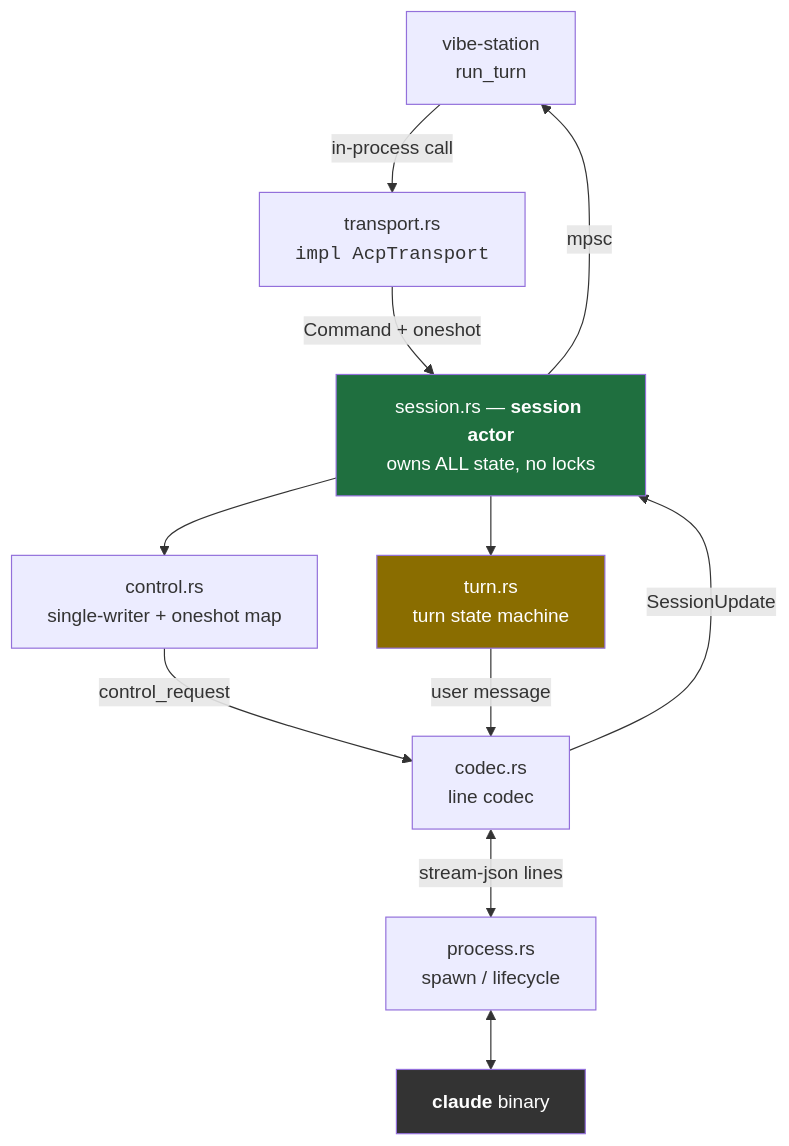
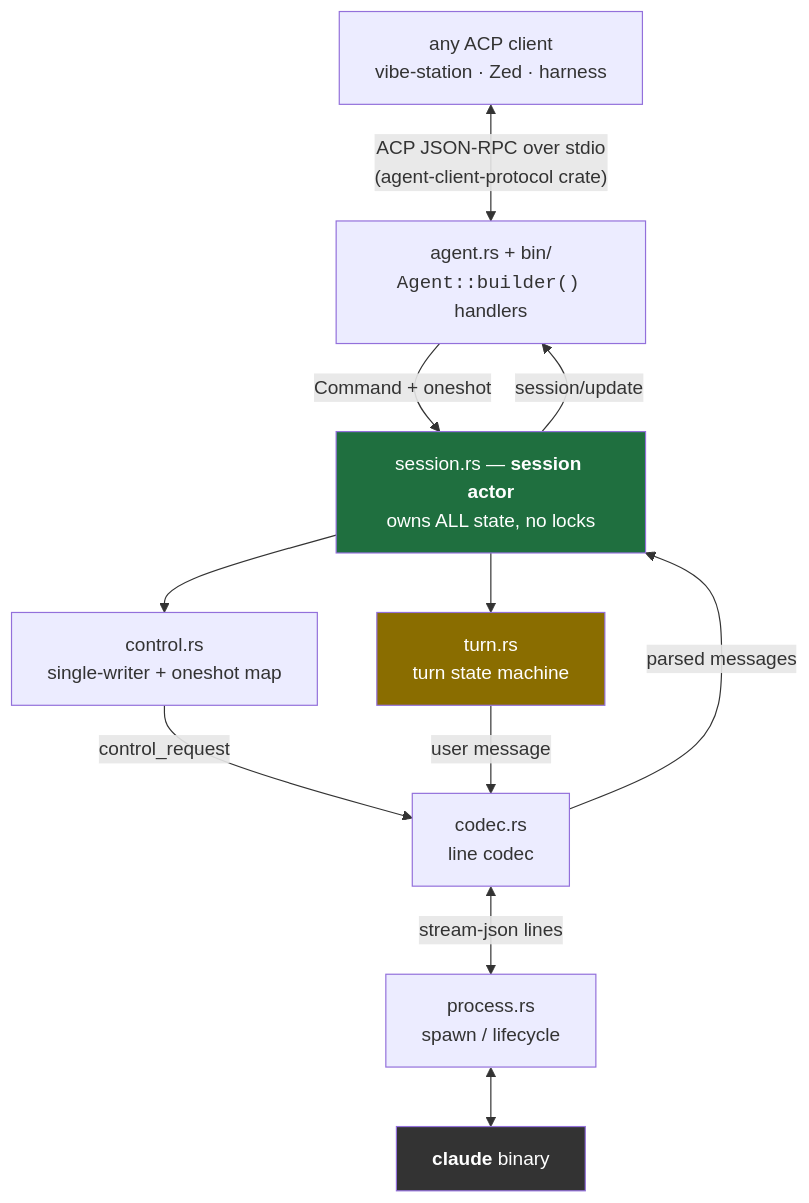
One commit to fastestdevalive/claude-agent-acp changed the first of 2 diagrams in .vibekit/feature-plans/pending/claude-acp-rust/plan-claude-acp-rust.md. Above: the diagram before and after it, drawn with Mermaid. The commit also changed other lines of this file and 1 other file, not shown here.

First line of the commit message:
Fold fork decisions into plan; retarget deliverable to a drop-in ACP binary

````diff
--- a/.vibekit/feature-plans/pending/claude-acp-rust/plan-claude-acp-rust.md
+++ b/.vibekit/feature-plans/pending/claude-acp-rust/plan-claude-acp-rust.md
@@ -151,26 +205,26 @@
 ```mermaid
 flowchart TD
-    VST["vibe-station<br/>run_turn"]
-    TR["transport.rs<br/><code>impl AcpTransport</code>"]
+    CL["any ACP client<br/>vibe-station · Zed · harness"]
+    AG["agent.rs + bin/<br/><code>Agent::builder()</code> handlers"]
     SA["session.rs — <b>session actor</b><br/>owns ALL state, no locks"]
     TU["turn.rs<br/>turn state machine"]
     CT["control.rs<br/>single-writer + oneshot map"]
     CD["codec.rs<br/>line codec"]
     PR["process.rs<br/>spawn / lifecycle"]
     CLI["<b>claude</b> binary"]
 
-    VST -->|in-process call| TR
-    TR -->|Command + oneshot| SA
+    CL <-->|"ACP JSON-RPC over stdio<br/>(agent-client-protocol crate)"| AG
+    AG -->|Command + oneshot| SA
     SA --> TU
     SA --> CT
     CT -->|control_request| CD
     TU -->|user message| CD
     CD <-->|stream-json lines| PR
     PR <--> CLI
-    CD -->|SessionUpdate| SA
-    SA -->|mpsc| VST
+    CD -->|parsed messages| SA
+    SA -->|session/update| AG
 
     style SA fill:#1f6f3f,color:#fff
     style TU fill:#8a6d00,color:#fff
     style CLI fill:#333,color:#fff
 ```
````
